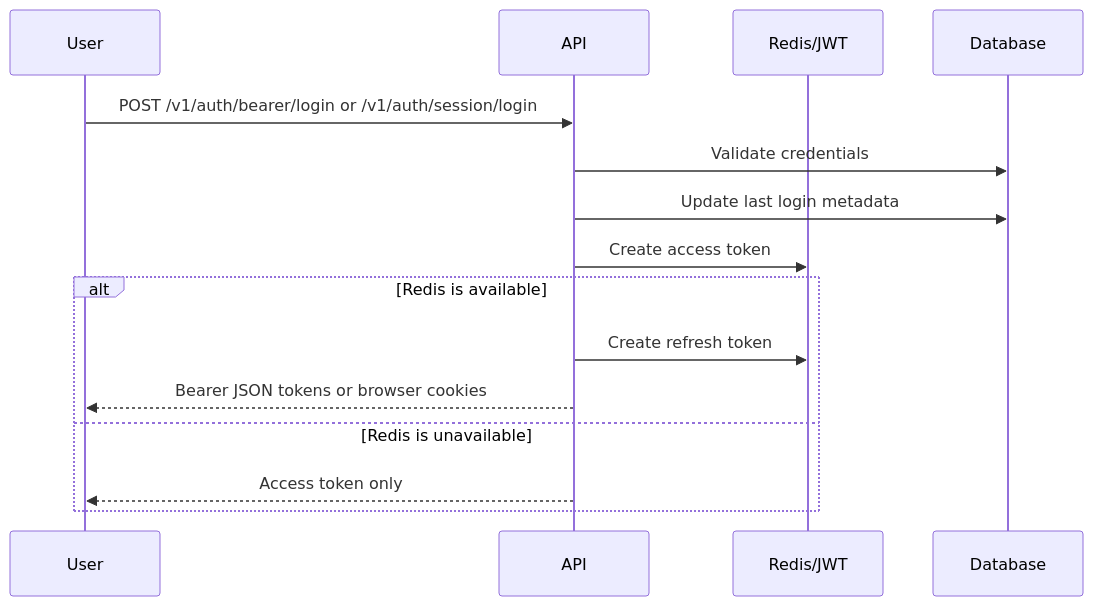
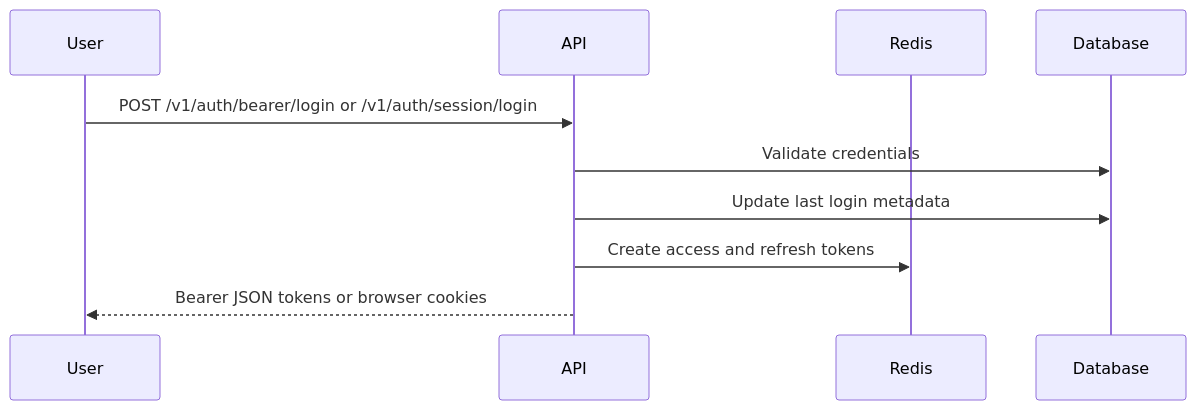
Before and after one commit to CMLPlatform/relab: the first of 2 diagrams in docs/src/content/docs/architecture/auth.mdx, drawn with Mermaid. The commit also changed other lines of this file and 37 other files, not shown here.

Commit message:
refactor(auth): modularize auth routers into flow and session services

````diff
--- a/docs/src/content/docs/architecture/auth.mdx
+++ b/docs/src/content/docs/architecture/auth.mdx
@@ -55,18 +55,13 @@
 ```mermaid
 sequenceDiagram
     participant User
     participant API
-    participant TokenStore as Redis/JWT
+    participant TokenStore as Redis
     participant DB as Database
 
     User->>API: POST /v1/auth/bearer/login or /v1/auth/session/login
     API->>DB: Validate credentials
     API->>DB: Update last login metadata
-    API->>TokenStore: Create access token
-    alt Redis is available
-        API->>TokenStore: Create refresh token
-        API-->>User: Bearer JSON tokens or browser cookies
-    else Redis is unavailable
-        API-->>User: Access token only
-    end
+    API->>TokenStore: Create access and refresh tokens
+    API-->>User: Bearer JSON tokens or browser cookies
 ```
````
